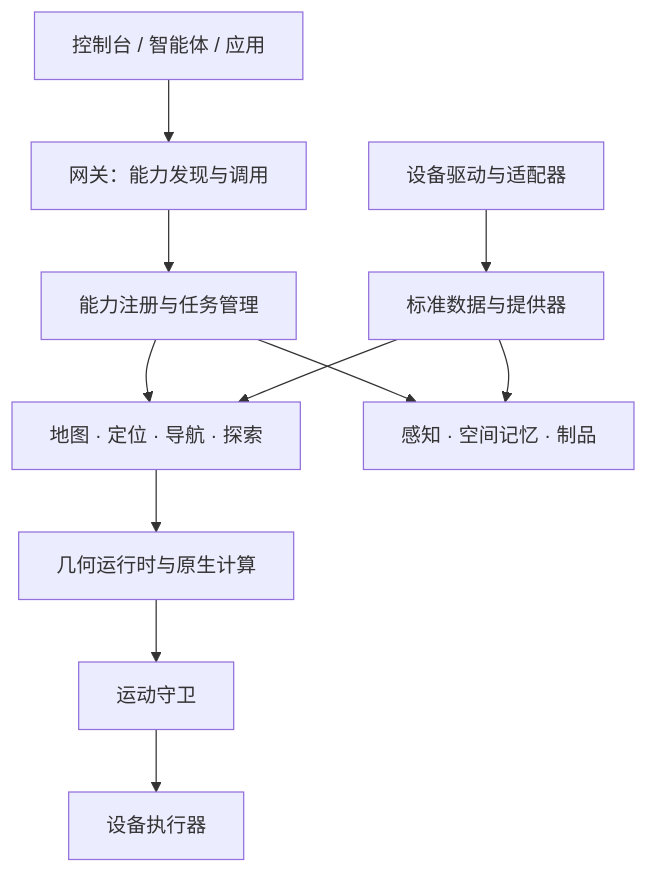
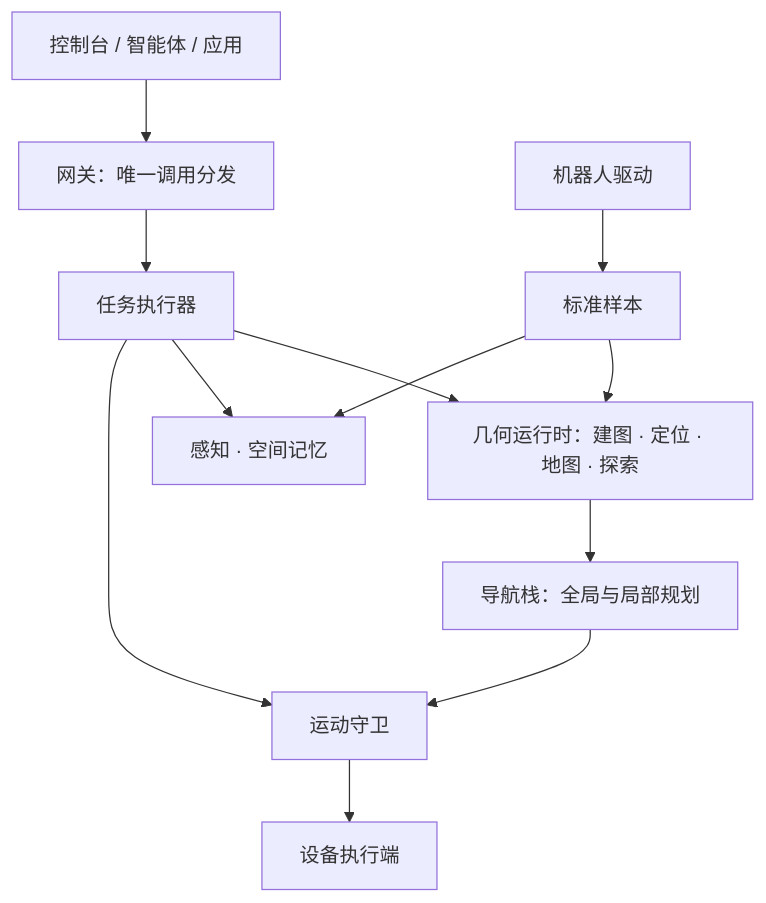
The diagram in docs/公开文档/架构与机器人接入.md (Molun0301/nuwax-embodied-harness), drawn with Mermaid before and after one commit. The commit also changed other lines of this file and 22 other files, not shown here.

````diff
--- a/docs/公开文档/架构与机器人接入.md
+++ b/docs/公开文档/架构与机器人接入.md
@@ -19,13 +19,14 @@
 ```mermaid
 flowchart TB
-    U[控制台 / 智能体 / 应用] --> G[网关：能力发现与调用]
-    G --> T[能力注册与任务管理]
-    T --> S[地图 · 定位 · 导航 · 探索]
-    T --> P[感知 · 空间记忆 · 制品]
-    R[设备驱动与适配器] --> D[标准数据与提供器]
+    U[控制台 / 智能体 / 应用] --> G[网关：唯一调用分发]
+    G --> T[任务执行器]
+    T --> S[几何运行时：建图 · 定位 · 地图 · 探索]
+    T --> P[感知 · 空间记忆]
+    R[机器人驱动] --> D[标准样本]
     D --> S
     D --> P
-    S --> C[几何运行时与原生计算]
-    C --> M[运动守卫]
-    M --> E[设备执行器]
+    S --> N[导航栈：全局与局部规划]
+    N --> M[运动守卫]
+    T --> M
+    M --> E[设备执行端]
 ```
````
